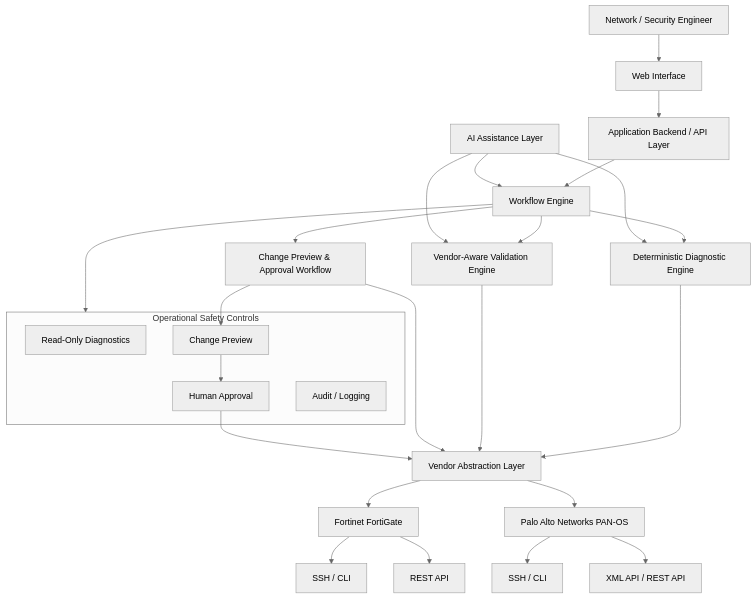
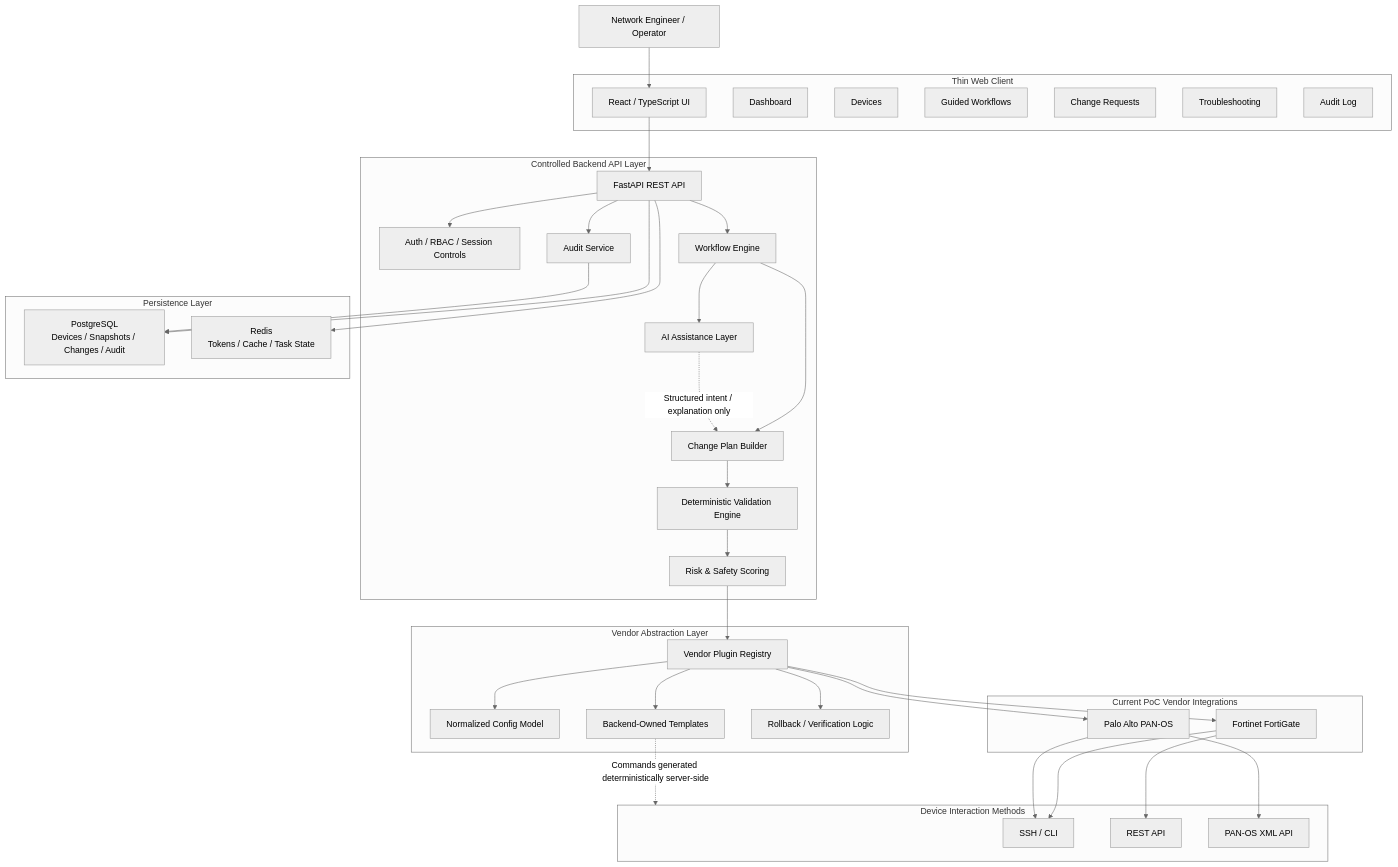
One commit to dazgour/synapse-optical-docs changed the diagram in architecture/high-level-architecture.md. Above: the diagram before and after it, drawn with Mermaid (neutral theme).

````diff
--- a/architecture/high-level-architecture.md
+++ b/architecture/high-level-architecture.md
@@ -5,42 +5,80 @@
 ```mermaid
-flowchart TD
+flowchart TB
+    User["Network Engineer / Operator"]
 
-    U[Network / Security Engineer] --> UI[Web Interface]
-
-    UI --> API[Application Backend / API Layer]
-
-    API --> WF[Workflow Engine]
-
-    WF --> DIAG[Deterministic Diagnostic Engine]
-    WF --> VAL[Vendor-Aware Validation Engine]
-    WF --> CHANGE[Change Preview & Approval Workflow]
-
-    AI[AI Assistance Layer] --> WF
-    AI --> DIAG
-    AI --> VAL
-
-    DIAG --> VA[Vendor Abstraction Layer]
-    VAL --> VA
-    CHANGE --> VA
-
-    VA --> FGT[Fortinet FortiGate]
-    VA --> PAN[Palo Alto Networks PAN-OS]
-
-    FGT --> SSH1[SSH / CLI]
-    FGT --> REST1[REST API]
-
-    PAN --> SSH2[SSH / CLI]
-    PAN --> API2[XML API / REST API]
-
-    subgraph Safety["Operational Safety Controls"]
-        RO[Read-Only Diagnostics]
-        PRE[Change Preview]
-        APPROVAL[Human Approval]
-        AUDIT[Audit / Logging]
+    subgraph Client["Thin Web Client"]
+        UI["React / TypeScript UI"]
+        Dashboard["Dashboard"]
+        Devices["Devices"]
+        Workflows["Guided Workflows"]
+        Changes["Change Requests"]
+        Troubleshoot["Troubleshooting"]
+        Audit["Audit Log"]
     end
 
-    WF --> Safety
-    CHANGE --> PRE
-    PRE --> APPROVAL
-    APPROVAL --> VA
+    subgraph Backend["Controlled Backend API Layer"]
+        API["FastAPI REST API"]
+        Auth["Auth / RBAC / Session Controls"]
+        Workflow["Workflow Engine"]
+        ChangePlan["Change Plan Builder"]
+        Validation["Deterministic Validation Engine"]
+        Risk["Risk & Safety Scoring"]
+        AI["AI Assistance Layer"]
+        AuditSvc["Audit Service"]
+    end
+
+    subgraph VendorCore["Vendor Abstraction Layer"]
+        Registry["Vendor Plugin Registry"]
+        Normalized["Normalized Config Model"]
+        Templates["Backend-Owned Templates"]
+        Rollback["Rollback / Verification Logic"]
+    end
+
+    subgraph Vendors["Current PoC Vendor Integrations"]
+        FortiGate["Fortinet FortiGate"]
+        PANOS["Palo Alto PAN-OS"]
+    end
+
+    subgraph DeviceAccess["Device Interaction Methods"]
+        SSH["SSH / CLI"]
+        REST["REST API"]
+        XML["PAN-OS XML API"]
+    end
+
+    subgraph Data["Persistence Layer"]
+        PG["PostgreSQL\nDevices / Snapshots / Changes / Audit"]
+        Redis["Redis\nTokens / Cache / Task State"]
+    end
+
+    User --> UI
+    UI --> API
+
+    API --> Auth
+    API --> Workflow
+    API --> AuditSvc
+
+    Workflow --> AI
+    Workflow --> ChangePlan
+    ChangePlan --> Validation
+    Validation --> Risk
+    Risk --> Registry
+
+    Registry --> Normalized
+    Registry --> Templates
+    Registry --> Rollback
+
+    Registry --> FortiGate
+    Registry --> PANOS
+
+    FortiGate --> SSH
+    FortiGate --> REST
+    PANOS --> XML
+    PANOS --> SSH
+
+    API --> PG
+    API --> Redis
+    AuditSvc --> PG
+
+    AI -. "Structured intent / explanation only" .-> ChangePlan
+    Templates -. "Commands generated deterministically server-side" .-> DeviceAccess
 ```
````
